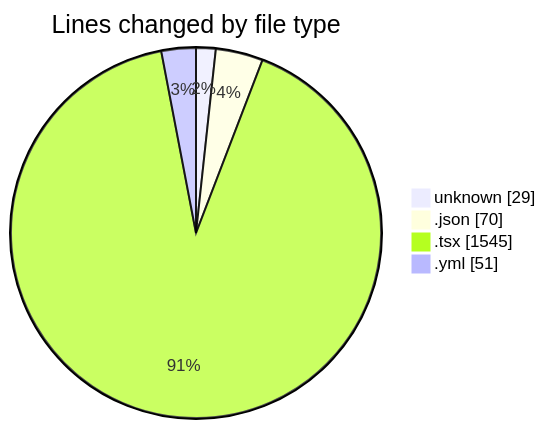
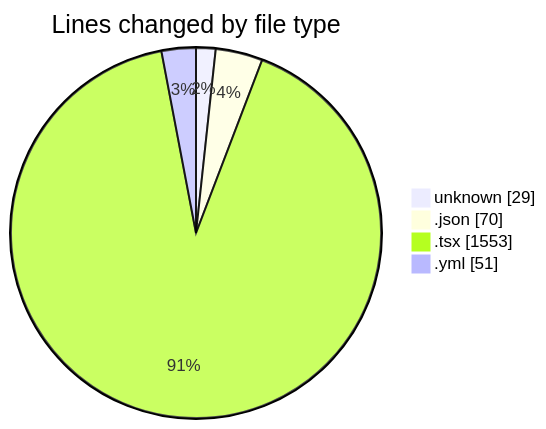
One commit to robertbonfada/code-tracking changed the first of 2 diagrams in 2025-01-14/mbc-web/README.md. Above: the diagram before and after it, drawn with Mermaid. The commit also changed other lines of this file and 1 other file, not shown here.

````diff
--- a/2025-01-14/mbc-web/README.md
+++ b/2025-01-14/mbc-web/README.md
@@ -36,8 +36,8 @@
 ```mermaid
 pie showData
 title Lines changed by file type
 "unknown" : 29
 ".json" : 70
-".tsx" : 1545
+".tsx" : 1553
 ".yml" : 51
 ```
````
